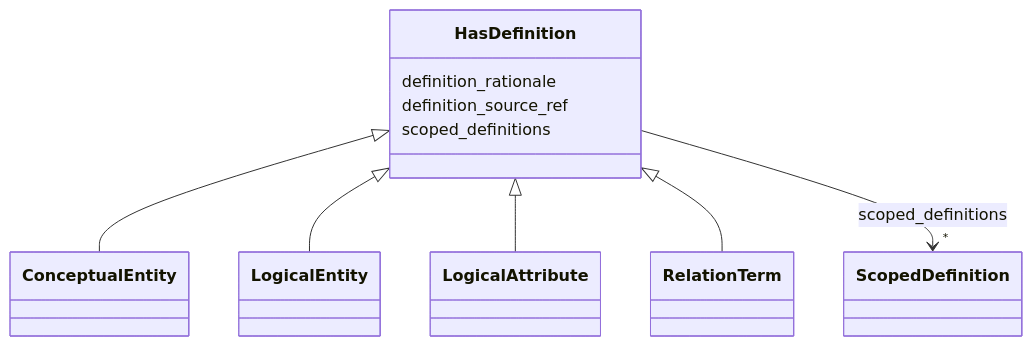
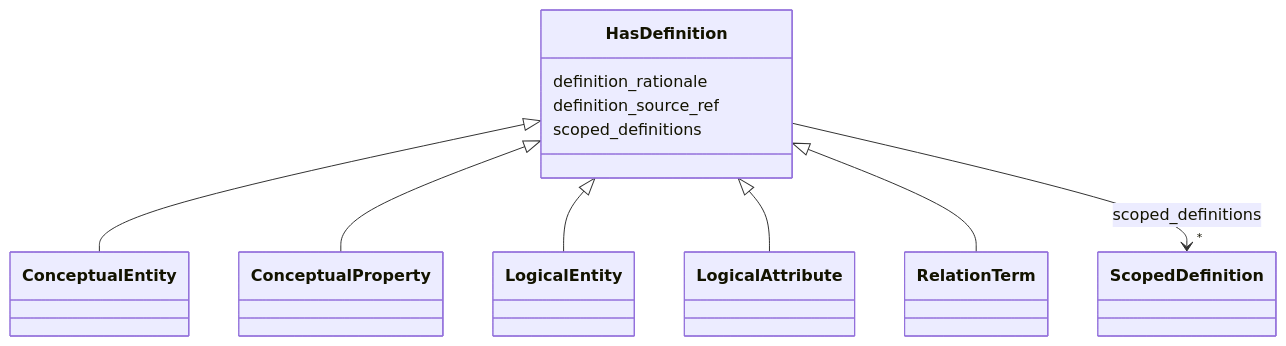
The diagram in generated/artifacts/moex-dams/0.1/diagrams/HasDefinition.md (oista/moex-data-model), drawn with Mermaid before and after one commit. The commit also changed 193 other files, not shown here.

First line of the commit message:
feat(dams): introduce DataStructure and SchemaNode, separate Message (#11)

````diff
--- a/generated/artifacts/moex-dams/0.1/diagrams/HasDefinition.md
+++ b/generated/artifacts/moex-dams/0.1/diagrams/HasDefinition.md
@@ -4,30 +4,32 @@
 ```mermaid
  classDiagram
     class HasDefinition
     click HasDefinition href "../HasDefinition"
       HasDefinition <|-- ConceptualEntity
         click ConceptualEntity href "../ConceptualEntity"
+      HasDefinition <|-- ConceptualProperty
+        click ConceptualProperty href "../ConceptualProperty"
       HasDefinition <|-- LogicalEntity
         click LogicalEntity href "../LogicalEntity"
       HasDefinition <|-- LogicalAttribute
         click LogicalAttribute href "../LogicalAttribute"
       HasDefinition <|-- RelationTerm
         click RelationTerm href "../RelationTerm"
       
       HasDefinition : definition_rationale
         
       HasDefinition : definition_source_ref
         
       HasDefinition : scoped_definitions
         
           
     
         
         
         HasDefinition --> "*" ScopedDefinition : scoped_definitions
         click ScopedDefinition href "../ScopedDefinition"
     
 
         
       
 ```
````
